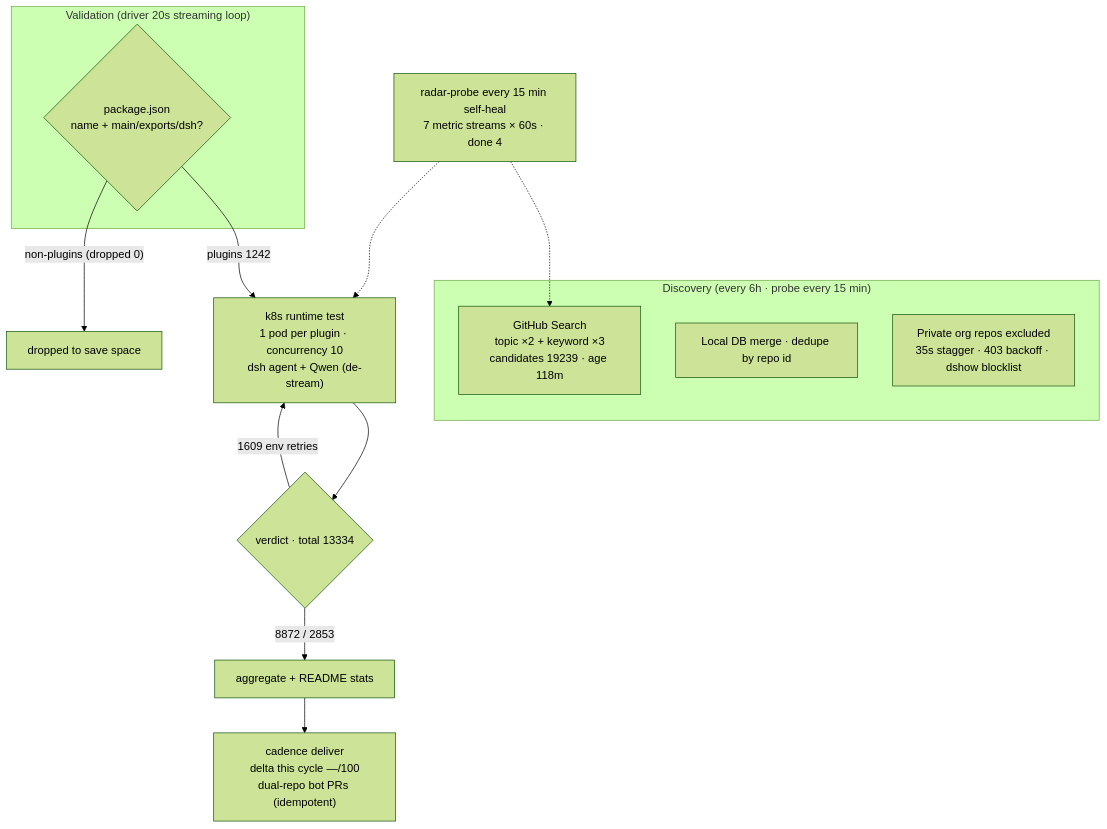
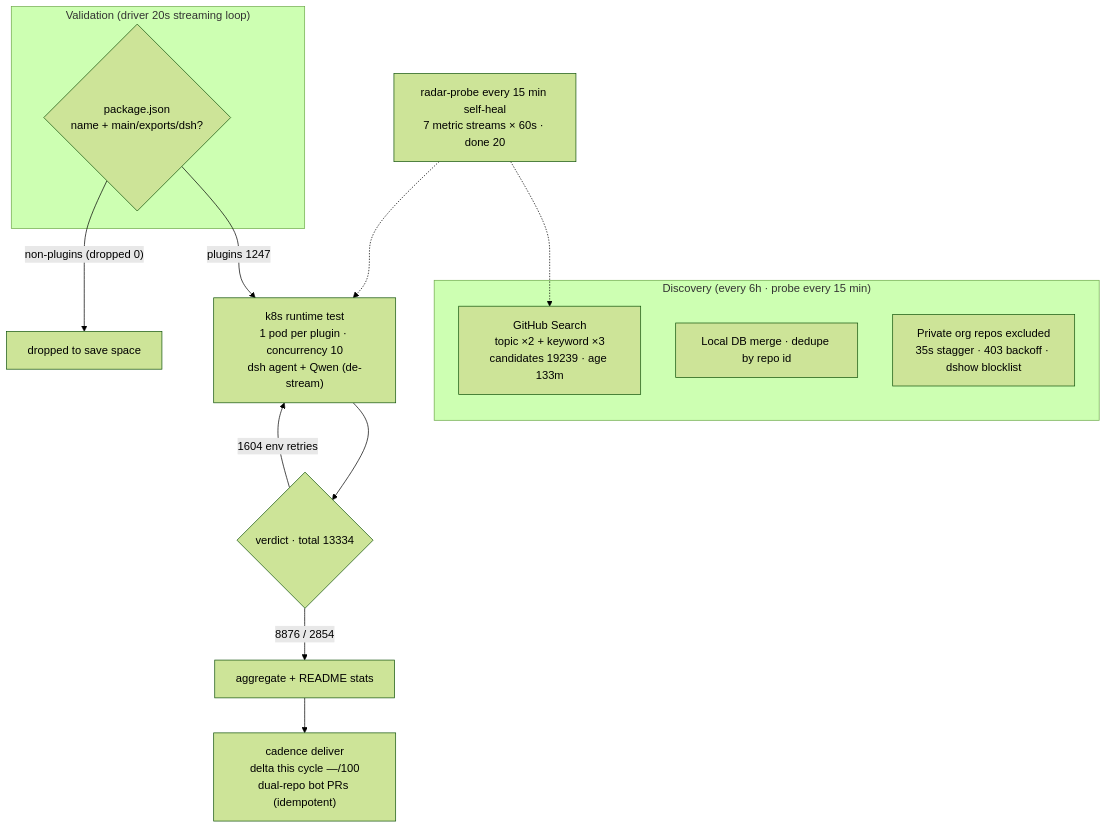
The diagram in README.en-US.md (AdamPlatin123/dsh-plugin-radar), drawn with Mermaid (forest theme) before and after one commit. The commit also changed other lines of this file and 10 other files, not shown here.

````diff
--- a/README.en-US.md
+++ b/README.en-US.md
@@ -45,20 +45,20 @@
 ```mermaid
 flowchart TB
     subgraph Discovery["Discovery (every 6h · probe every 15 min)"]
-        A1["GitHub Search<br/>topic ×2 + keyword ×3<br/>candidates 19239 · age 118m"]
+        A1["GitHub Search<br/>topic ×2 + keyword ×3<br/>candidates 19239 · age 133m"]
         A2["Local DB merge · dedupe by repo id"]
         A3["Private org repos excluded<br/>35s stagger · 403 backoff · dshow blocklist"]
     end
     subgraph Validation["Validation (driver 20s streaming loop)"]
         B1{"package.json<br/>name + main/exports/dsh?"}
     end
-    B1 -->|"plugins 1242"| C1["k8s runtime test<br/>1 pod per plugin · concurrency 10<br/>dsh agent + Qwen (de-stream)"]
+    B1 -->|"plugins 1247"| C1["k8s runtime test<br/>1 pod per plugin · concurrency 10<br/>dsh agent + Qwen (de-stream)"]
     B1 -->|"non-plugins (dropped 0)"| B3["dropped to save space"]
     C1 --> D1{"verdict · total 13334"}
-    D1 -->|"8872 / 2853"| E1["aggregate + README stats"]
-    D1 -->|"1609 env retries"| C1
+    D1 -->|"8876 / 2854"| E1["aggregate + README stats"]
+    D1 -->|"1604 env retries"| C1
     E1 --> E2["cadence deliver<br/>delta this cycle —/100<br/>dual-repo bot PRs (idempotent)"]
-    M["radar-probe every 15 min self-heal<br/>7 metric streams × 60s · done 4"]
+    M["radar-probe every 15 min self-heal<br/>7 metric streams × 60s · done 20"]
     M -.-> A1
     M -.-> C1
 ```
````
